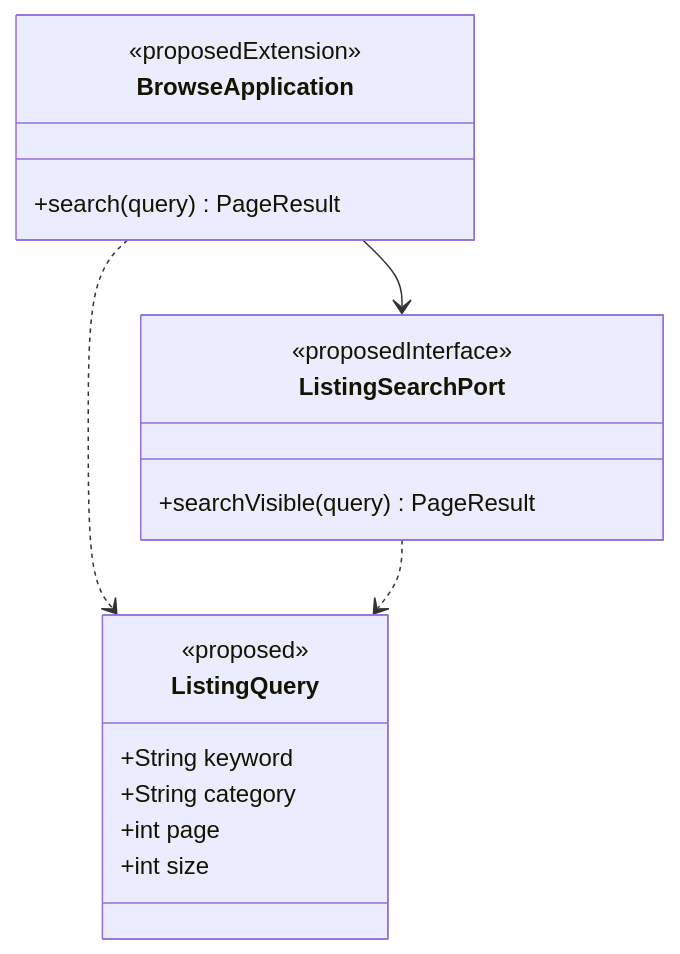
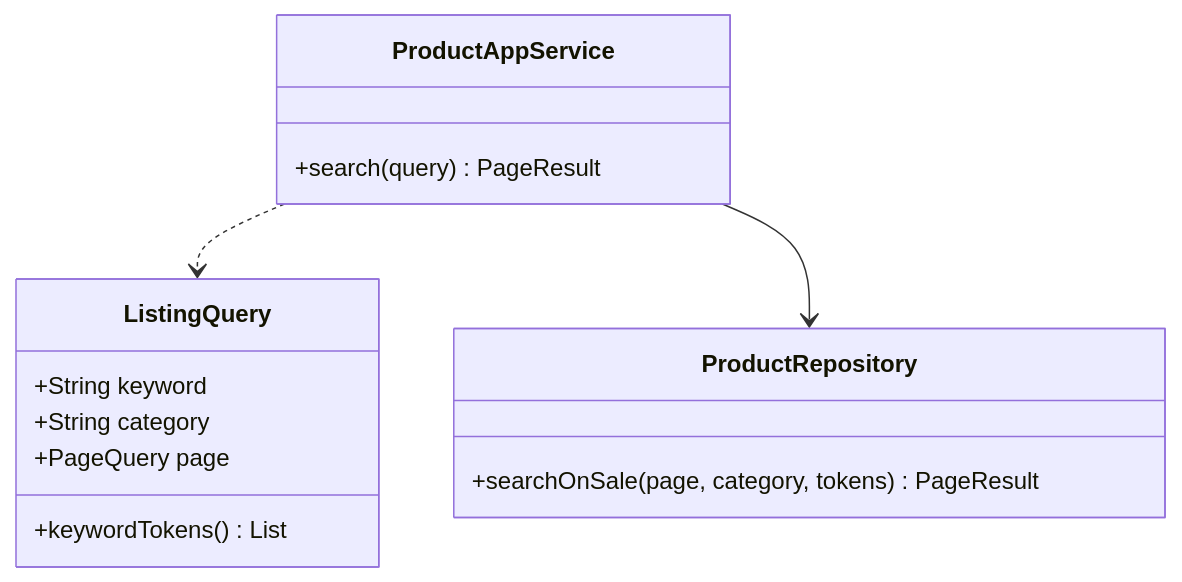
The second of 12 diagrams in backend/docs/design/backend-skeleton-plan.md (PPsyrius/iss-groupbuy-team8), drawn with Mermaid before and after one commit. The commit also changed other lines of this file and 27 other files, not shown here.

Commit message:
feat(catalog): UC1-ext keyword search with opt-in Jev rerank

````diff
--- a/backend/docs/design/backend-skeleton-plan.md
+++ b/backend/docs/design/backend-skeleton-plan.md
@@ -317,21 +321,17 @@
 ```mermaid
 classDiagram
     class ListingQuery {
-        <<proposed>>
         +String keyword
         +String category
-        +int page
-        +int size
+        +PageQuery page
+        +keywordTokens() List
     }
-    class BrowseApplication {
-        <<proposedExtension>>
+    class ProductAppService {
         +search(query) PageResult
     }
-    class ListingSearchPort {
-        <<proposedInterface>>
-        +searchVisible(query) PageResult
+    class ProductRepository {
+        +searchOnSale(page, category, tokens) PageResult
     }
-    BrowseApplication ..> ListingQuery
-    BrowseApplication --> ListingSearchPort
-    ListingSearchPort ..> ListingQuery
+    ProductAppService ..> ListingQuery
+    ProductAppService --> ProductRepository
 ```
````
